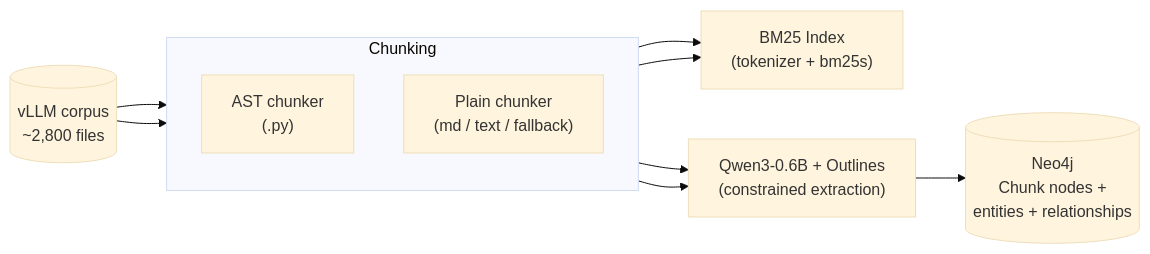
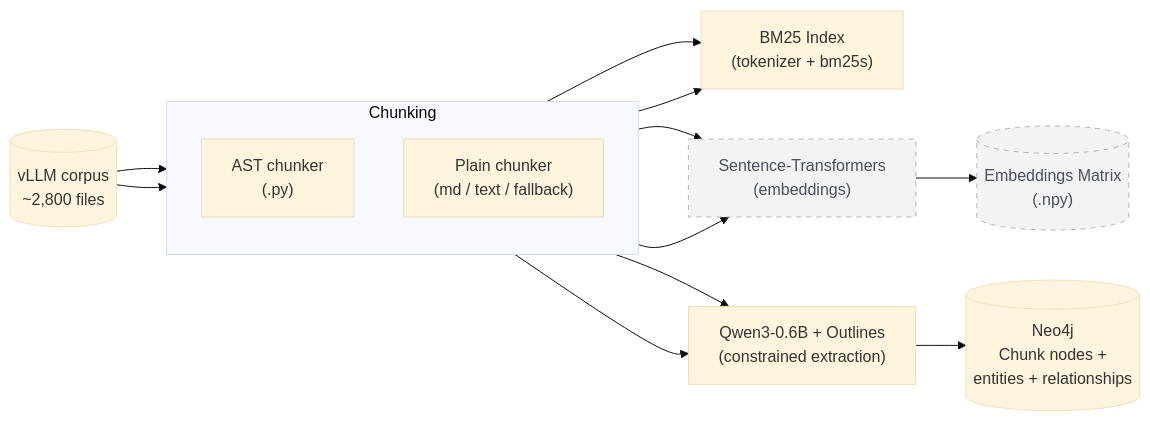
Before and after one commit to DimYiannis/Constrained-GraphRag: the first of 2 diagrams in README.md, drawn with Mermaid (base theme). The commit also changed other lines of this file, not shown here.

````diff
--- a/README.md
+++ b/README.md
@@ -50,23 +50,30 @@
 ```mermaid
 flowchart LR
     corpus[("vLLM corpus<br/>~2,800 files")]
 
     subgraph chunking["Chunking"]
         direction TB
         ast["AST chunker<br/>(.py)"]
         plain["Plain chunker<br/>(md / text / fallback)"]
     end
 
     bm25["BM25 Index<br/>(tokenizer + bm25s)"]
+    semb["Sentence-Transformers<br/>(embeddings)"]
+    embmatrix[("Embeddings Matrix<br/>(.npy)")]
     qwen["Qwen3-0.6B + Outlines<br/>(constrained extraction)"]
     neodb[("Neo4j<br/>Chunk nodes +<br/>entities + relationships")]
 
     corpus --> ast
     corpus --> plain
     ast --> bm25
     plain --> bm25
+    ast --> semb
+    plain --> semb
+    semb --> embmatrix
     ast --> qwen
     plain --> qwen
     qwen --> neodb
 
+    classDef planned fill:#f1f3f5,stroke:#adb5bd,color:#495057,stroke-dasharray: 5 5;
+    class semb,embmatrix planned;
 ```
````
